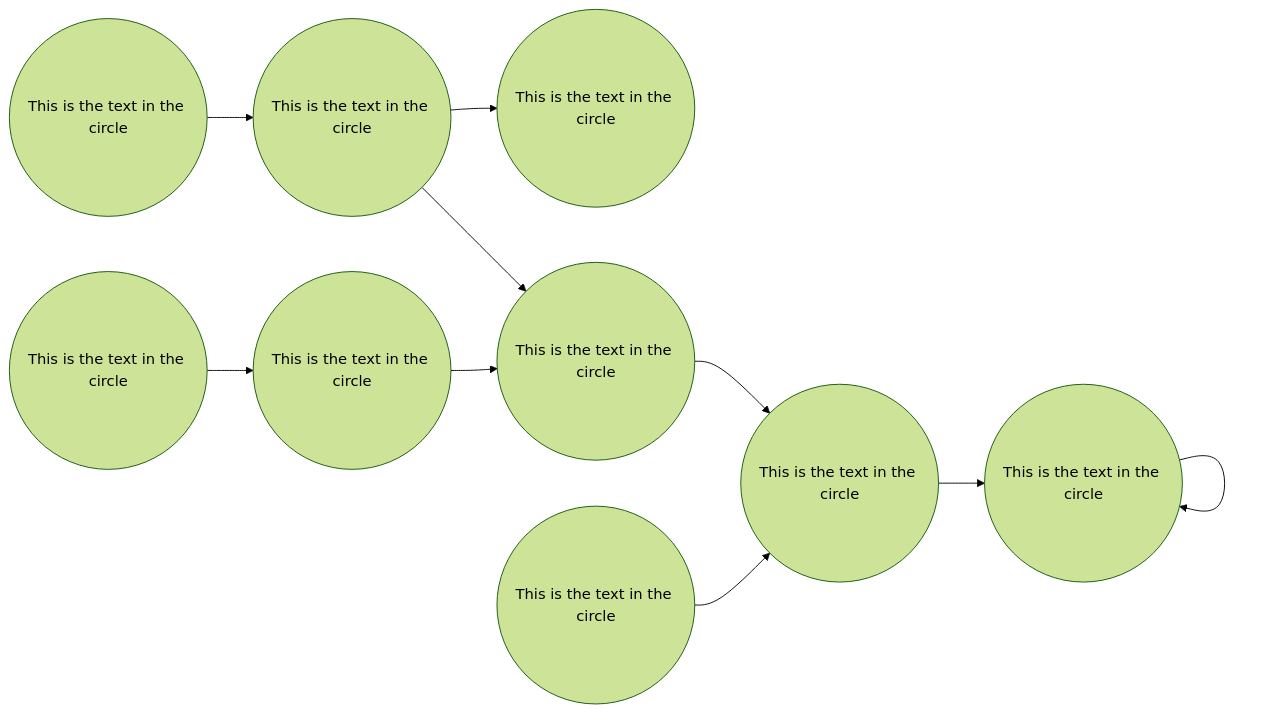
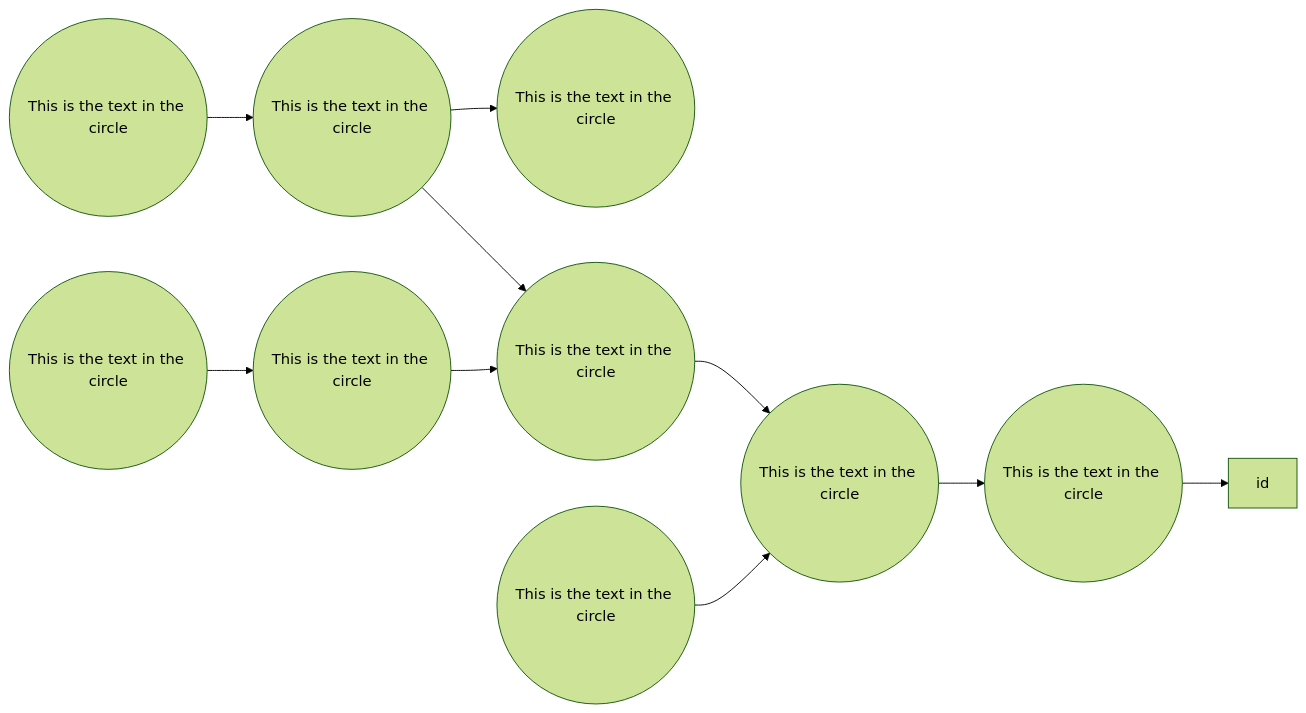
One commit to gerbssusd/dok changed the second of 2 diagrams in slides.md. Above: the diagram before and after it, drawn with Mermaid (forest theme).

````diff
--- a/slides.md
+++ b/slides.md
@@ -499,14 +499,14 @@
 ```mermaid {scale: .60}
 
 flowchart LR
     id1((This is the text in the circle)) -->
     id2((This is the text in the circle)) -->
     id3((This is the text in the circle))
        id3.1((This is the text in the circle))-->
        id3.2((This is the text in the circle))-->id4
    id2 --> id4((This is the text in the circle)) -->id6
     id5((This is the text in the circle)) -->
-    id6((This is the text in the circle)) -->id7-->
+    id6((This is the text in the circle)) -->id7-->id
     id7((This is the text in the circle))
 
 ```
````
